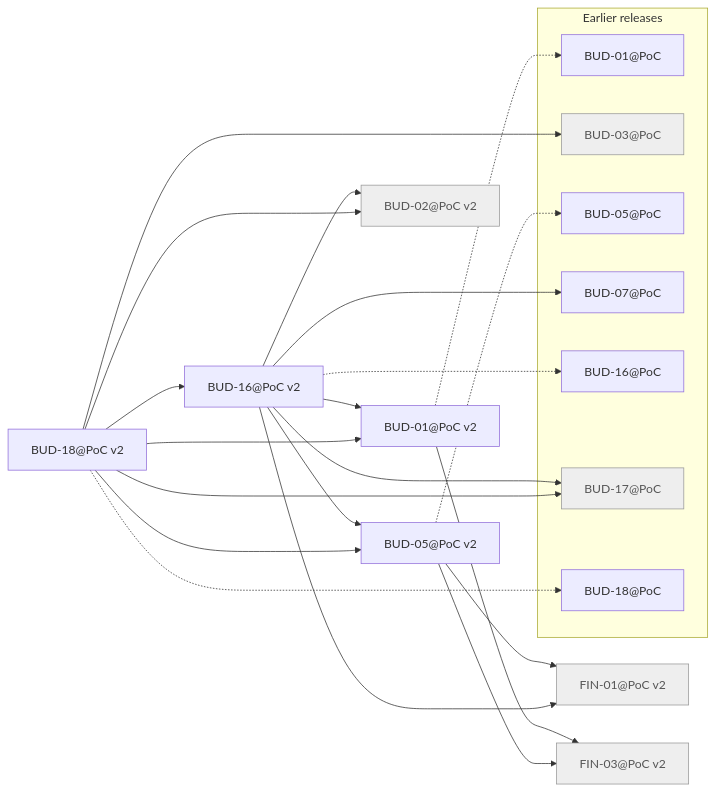
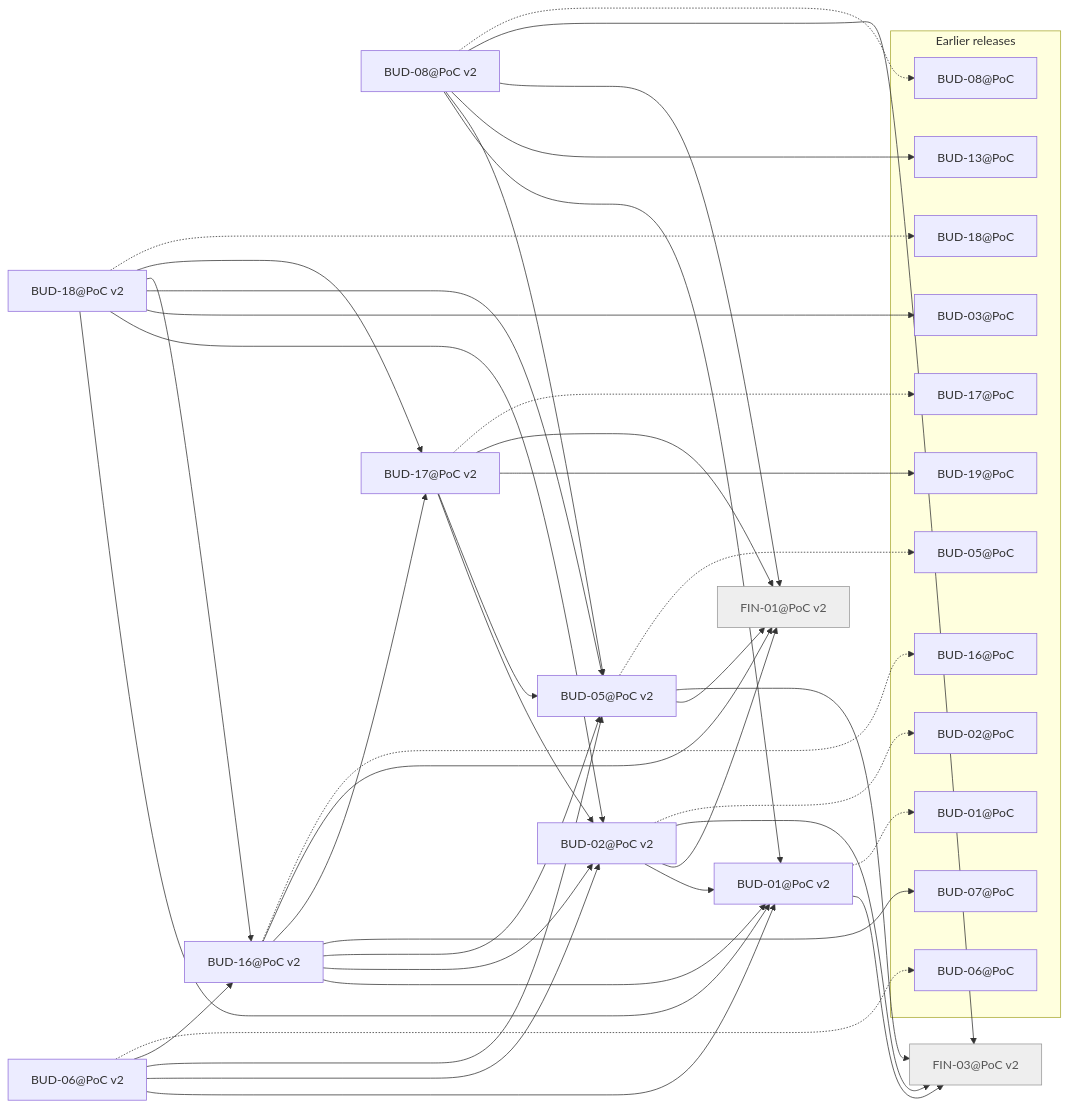
The diagram in docs/traceability/release-poc-v2.md (minakovval/Willowsum), drawn with Mermaid before and after one commit. The commit also changed other lines of this file and 48 other files, not shown here.

````diff
--- a/docs/traceability/release-poc-v2.md
+++ b/docs/traceability/release-poc-v2.md
@@ -20,40 +24,68 @@
 ```mermaid
 flowchart LR
   BUD_01_PoC_v2["BUD-01@PoC v2"]
   BUD_02_PoC_v2["BUD-02@PoC v2"]
   BUD_05_PoC_v2["BUD-05@PoC v2"]
+  BUD_06_PoC_v2["BUD-06@PoC v2"]
+  BUD_08_PoC_v2["BUD-08@PoC v2"]
   BUD_16_PoC_v2["BUD-16@PoC v2"]
+  BUD_17_PoC_v2["BUD-17@PoC v2"]
   BUD_18_PoC_v2["BUD-18@PoC v2"]
   FIN_01_PoC_v2["FIN-01@PoC v2"]
   FIN_03_PoC_v2["FIN-03@PoC v2"]
   subgraph earlier["Earlier releases"]
     BUD_01_PoC["BUD-01@PoC"]
+    BUD_02_PoC["BUD-02@PoC"]
     BUD_03_PoC["BUD-03@PoC"]
     BUD_05_PoC["BUD-05@PoC"]
+    BUD_06_PoC["BUD-06@PoC"]
     BUD_07_PoC["BUD-07@PoC"]
+    BUD_08_PoC["BUD-08@PoC"]
+    BUD_13_PoC["BUD-13@PoC"]
     BUD_16_PoC["BUD-16@PoC"]
     BUD_17_PoC["BUD-17@PoC"]
     BUD_18_PoC["BUD-18@PoC"]
+    BUD_19_PoC["BUD-19@PoC"]
   end
   BUD_01_PoC_v2 --> FIN_03_PoC_v2
   BUD_01_PoC_v2 -.-> BUD_01_PoC
+  BUD_02_PoC_v2 --> BUD_01_PoC_v2
+  BUD_02_PoC_v2 --> FIN_01_PoC_v2
+  BUD_02_PoC_v2 --> FIN_03_PoC_v2
+  BUD_02_PoC_v2 -.-> BUD_02_PoC
   BUD_05_PoC_v2 --> FIN_01_PoC_v2
   BUD_05_PoC_v2 --> FIN_03_PoC_v2
   BUD_05_PoC_v2 -.-> BUD_05_PoC
+  BUD_06_PoC_v2 --> BUD_01_PoC_v2
+  BUD_06_PoC_v2 --> BUD_02_PoC_v2
+  BUD_06_PoC_v2 --> BUD_05_PoC_v2
+  BUD_06_PoC_v2 --> BUD_16_PoC_v2
+  BUD_06_PoC_v2 -.-> BUD_06_PoC
+  BUD_08_PoC_v2 --> BUD_01_PoC_v2
+  BUD_08_PoC_v2 --> BUD_05_PoC_v2
+  BUD_08_PoC_v2 --> BUD_13_PoC
+  BUD_08_PoC_v2 --> FIN_01_PoC_v2
+  BUD_08_PoC_v2 --> FIN_03_PoC_v2
+  BUD_08_PoC_v2 -.-> BUD_08_PoC
   BUD_16_PoC_v2 --> BUD_01_PoC_v2
   BUD_16_PoC_v2 --> BUD_02_PoC_v2
   BUD_16_PoC_v2 --> BUD_05_PoC_v2
   BUD_16_PoC_v2 --> BUD_07_PoC
-  BUD_16_PoC_v2 --> BUD_17_PoC
+  BUD_16_PoC_v2 --> BUD_17_PoC_v2
   BUD_16_PoC_v2 --> FIN_01_PoC_v2
   BUD_16_PoC_v2 -.-> BUD_16_PoC
+  BUD_17_PoC_v2 --> BUD_02_PoC_v2
+  BUD_17_PoC_v2 --> BUD_05_PoC_v2
+  BUD_17_PoC_v2 --> BUD_19_PoC
+  BUD_17_PoC_v2 --> FIN_01_PoC_v2
+  BUD_17_PoC_v2 -.-> BUD_17_PoC
   BUD_18_PoC_v2 --> BUD_01_PoC_v2
   BUD_18_PoC_v2 --> BUD_02_PoC_v2
   BUD_18_PoC_v2 --> BUD_03_PoC
   BUD_18_PoC_v2 --> BUD_05_PoC_v2
   BUD_18_PoC_v2 --> BUD_16_PoC_v2
-  BUD_18_PoC_v2 --> BUD_17_PoC
+  BUD_18_PoC_v2 --> BUD_17_PoC_v2
   BUD_18_PoC_v2 -.-> BUD_18_PoC
   classDef notMigrated fill:#eee,stroke:#999,color:#555
-  class BUD_02_PoC_v2,BUD_03_PoC,BUD_17_PoC,FIN_01_PoC_v2,FIN_03_PoC_v2 notMigrated
+  class FIN_01_PoC_v2,FIN_03_PoC_v2 notMigrated
 ```
````
